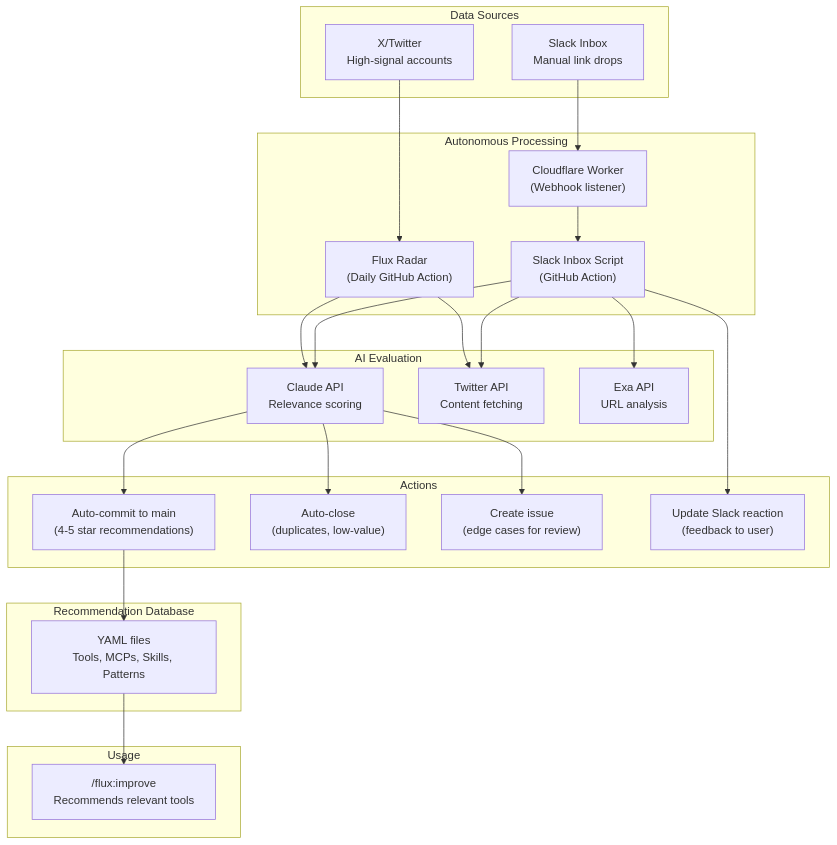
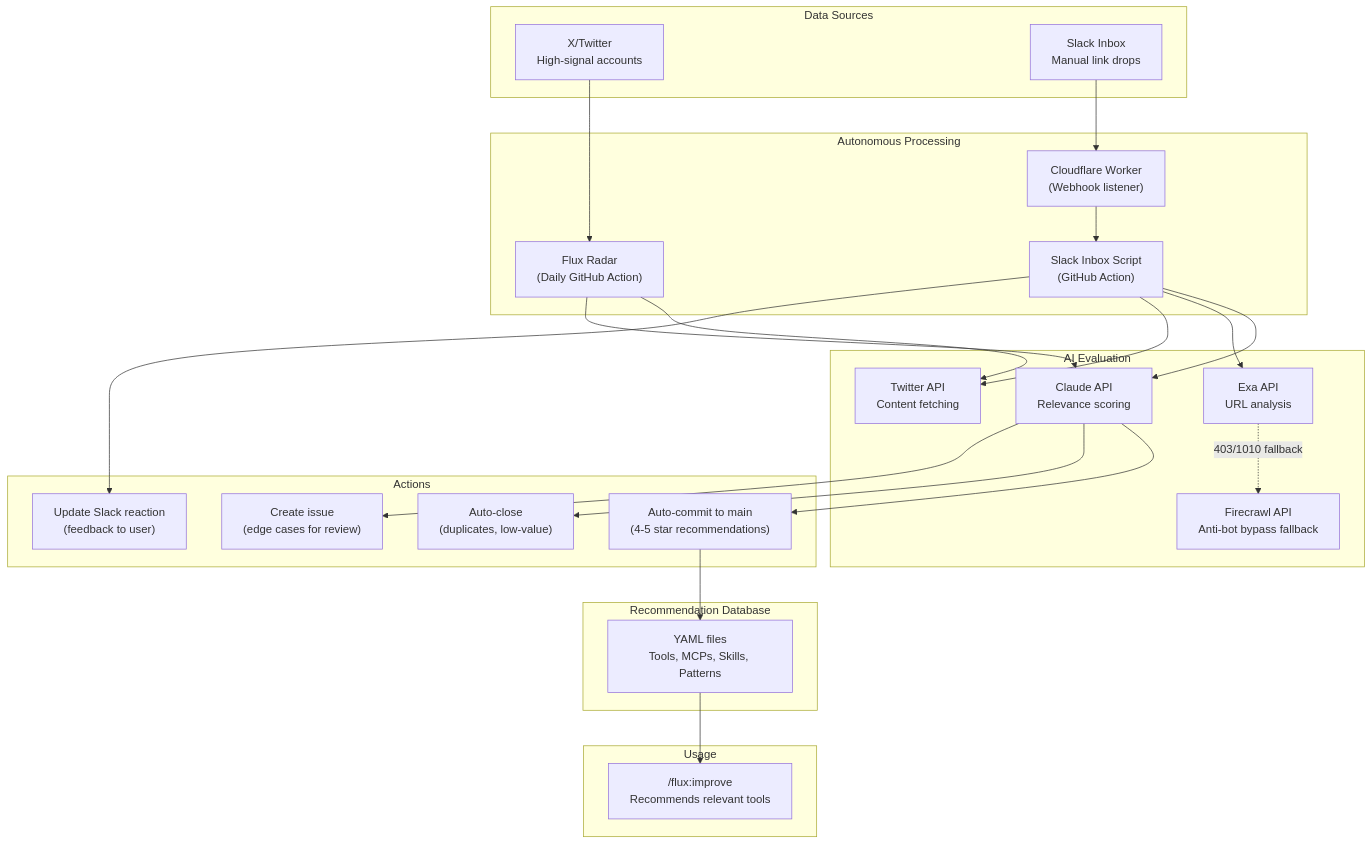
One commit to Nairon-AI/flux-recommendations changed the diagram in README.md. Above: the diagram before and after it, drawn with Mermaid. The commit also changed other lines of this file and 2 other files, not shown here.

````diff
--- a/README.md
+++ b/README.md
@@ -21,52 +21,54 @@
 ```mermaid
 flowchart TB
     subgraph Sources["Data Sources"]
         X["X/Twitter<br/>High-signal accounts"]
         Slack["Slack Inbox<br/>Manual link drops"]
     end
 
     subgraph Automation["Autonomous Processing"]
         Radar["Flux Radar<br/>(Daily GitHub Action)"]
         Worker["Cloudflare Worker<br/>(Webhook listener)"]
         Inbox["Slack Inbox Script<br/>(GitHub Action)"]
     end
 
     subgraph AI["AI Evaluation"]
         Claude["Claude API<br/>Relevance scoring"]
         Twitter["Twitter API<br/>Content fetching"]
         Exa["Exa API<br/>URL analysis"]
+        Firecrawl["Firecrawl API<br/>Anti-bot bypass fallback"]
     end
 
     subgraph Outputs["Actions"]
         Auto["Auto-commit to main<br/>(4-5 star recommendations)"]
         Close["Auto-close<br/>(duplicates, low-value)"]
         Issue["Create issue<br/>(edge cases for review)"]
         React["Update Slack reaction<br/>(feedback to user)"]
     end
 
     subgraph Database["Recommendation Database"]
         YAML["YAML files<br/>Tools, MCPs, Skills, Patterns"]
     end
 
     subgraph Usage["Usage"]
         Flux["/flux:improve<br/>Recommends relevant tools"]
     end
 
     X --> Radar
     Slack --> Worker
     Worker --> Inbox
     
     Radar --> Twitter
     Radar --> Claude
     Inbox --> Claude
     Inbox --> Exa
+    Exa -.->|"403/1010 fallback"| Firecrawl
     Inbox --> Twitter
     
     Claude --> Auto
     Claude --> Close
     Claude --> Issue
     Inbox --> React
     
     Auto --> YAML
     YAML --> Flux
 ```
````
